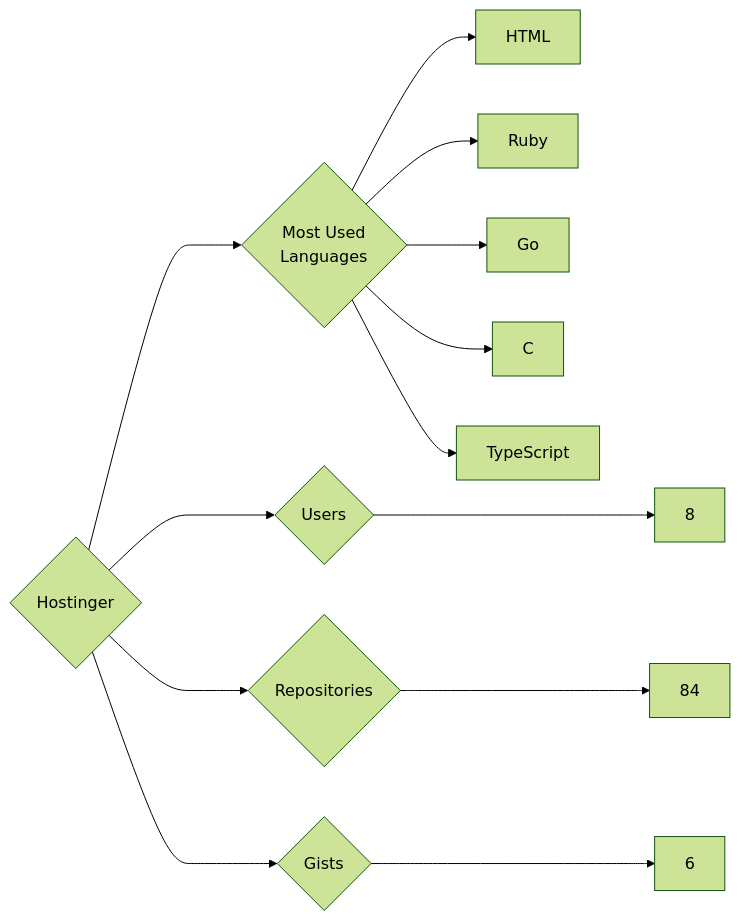
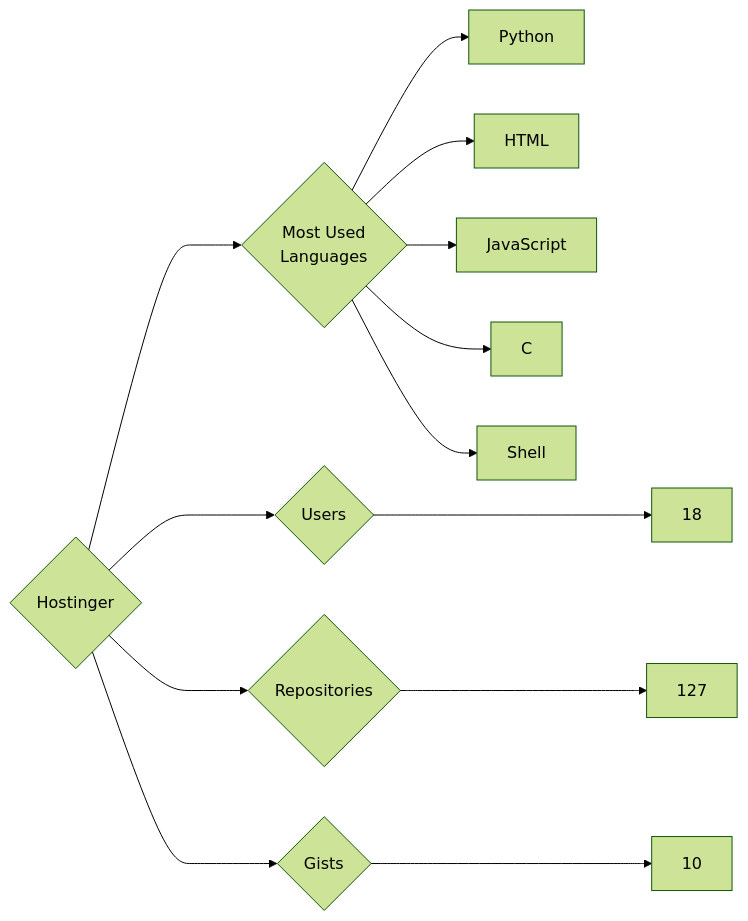
Before and after one commit to trickest/insiders: the diagram in targets/Hostinger/README.md, drawn with Mermaid (forest theme). The commit also changed 715 other files, not shown here.

````diff
--- a/targets/Hostinger/README.md
+++ b/targets/Hostinger/README.md
@@ -3,13 +3,13 @@
 ```mermaid
 graph LR
 COMPANY_NAME{Hostinger}
-COMPANY_NAME ---> U{Users} ---> UN[8]
-COMPANY_NAME ---> R{Repositories} ---> RN[84]
-COMPANY_NAME ---> G{Gists} ---> GN[6]
+COMPANY_NAME ---> U{Users} ---> UN[18]
+COMPANY_NAME ---> R{Repositories} ---> RN[127]
+COMPANY_NAME ---> G{Gists} ---> GN[10]
 COMPANY_NAME ---> ML{Most Used<br>Languages}
+ML --> Python[Python]
 ML --> HTML[HTML]
-ML --> Ruby[Ruby]
-ML --> Go[Go]
+ML --> JavaScript[JavaScript]
 ML --> C[C]
-ML --> TypeScript[TypeScript]
+ML --> Shell[Shell]
 ```
````
